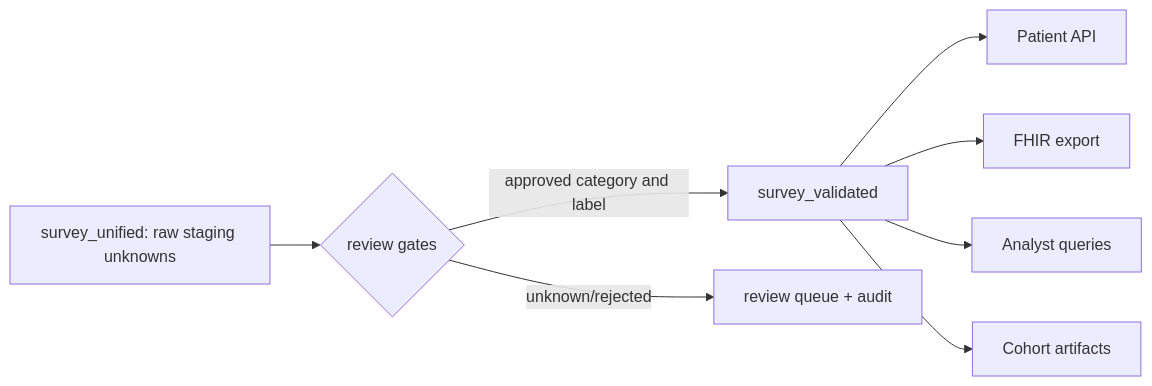
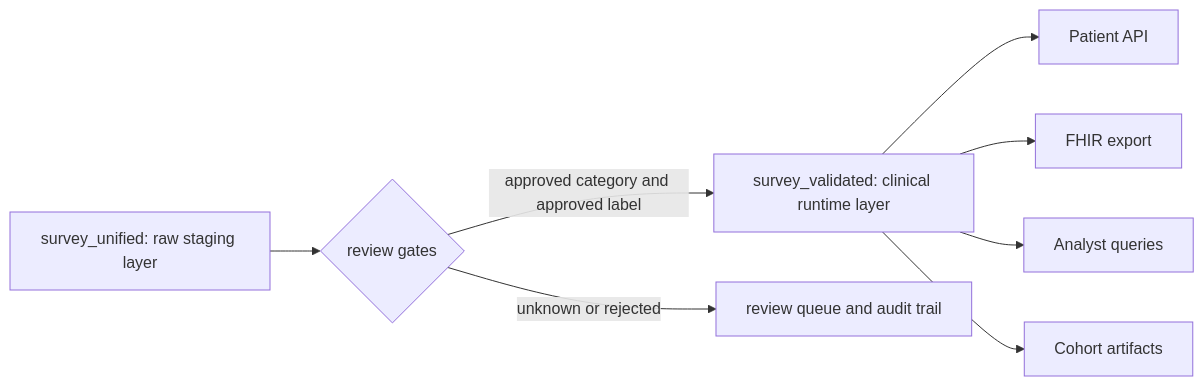
One commit to s6endemi/UniQ changed the fifth of 6 diagrams in WELLSTER_TECH_DEEPDIVE_EXTERNAL.md. Above: the diagram before and after it, drawn with Mermaid. The commit also changed other lines of this file, not shown here.

````diff
--- a/WELLSTER_TECH_DEEPDIVE_EXTERNAL.md
+++ b/WELLSTER_TECH_DEEPDIVE_EXTERNAL.md
@@ -182,10 +193,10 @@
 ```mermaid
 flowchart LR
-    unified[survey_unified: raw staging unknowns] --> gate{review gates}
-    gate -->|approved category and label| validated[survey_validated]
-    gate -->|unknown/rejected| queue[review queue + audit]
+    unified[survey_unified: raw staging layer] --> gate{review gates}
+    gate -->|approved category and approved label| validated[survey_validated: clinical runtime layer]
+    gate -->|unknown or rejected| queue[review queue and audit trail]
     validated --> patient[Patient API]
     validated --> fhir[FHIR export]
-    validated --> chat[Analyst queries]
+    validated --> analyst[Analyst queries]
     validated --> cohorts[Cohort artifacts]
 ```
````
